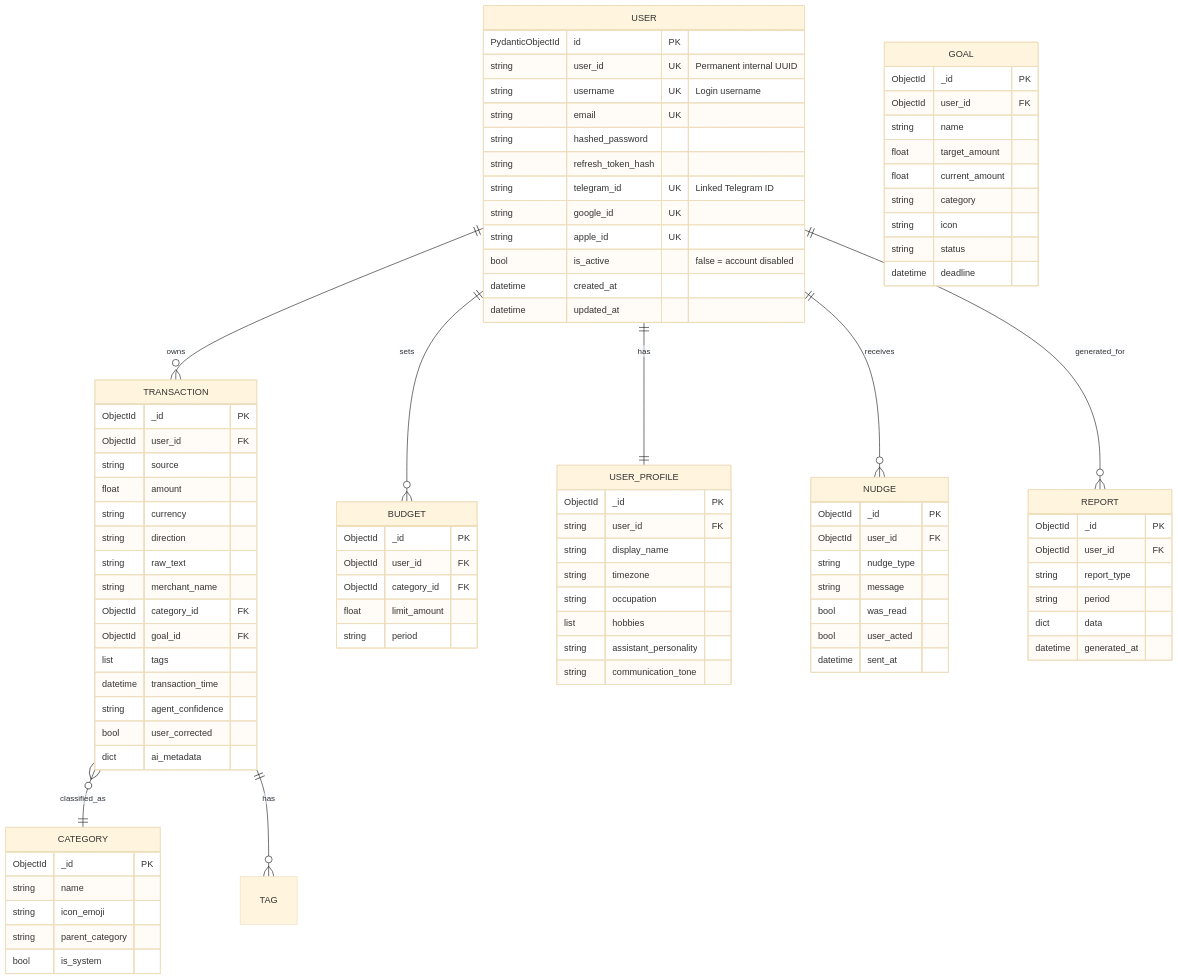
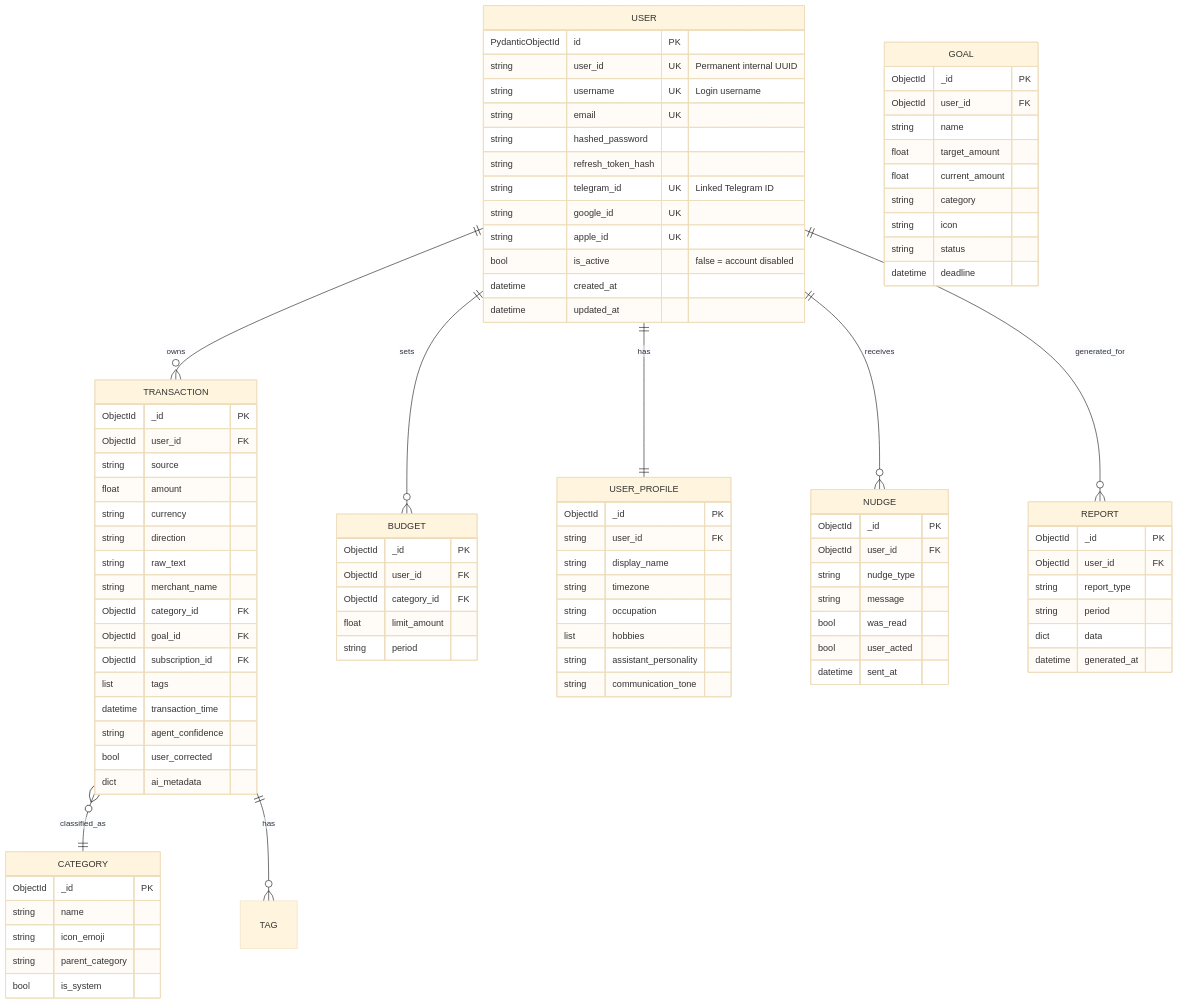
One commit to nqhuy44/chiwi changed the diagram in docs/DATABASE.md. Above: the diagram before and after it, drawn with Mermaid (base theme). The commit also changed other lines of this file and 12 other files, not shown here.

```diff
--- a/docs/DATABASE.md
+++ b/docs/DATABASE.md
@@ -53,6 +53,7 @@
         string merchant_name
         ObjectId category_id FK
         ObjectId goal_id FK
+        ObjectId subscription_id FK
         list tags
         datetime transaction_time
         string agent_confidence
```
